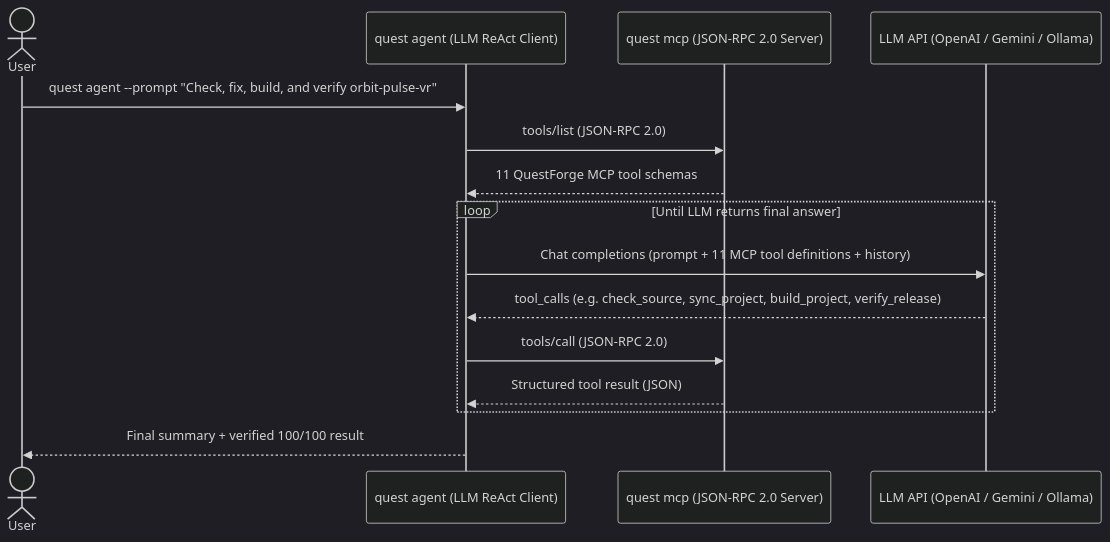
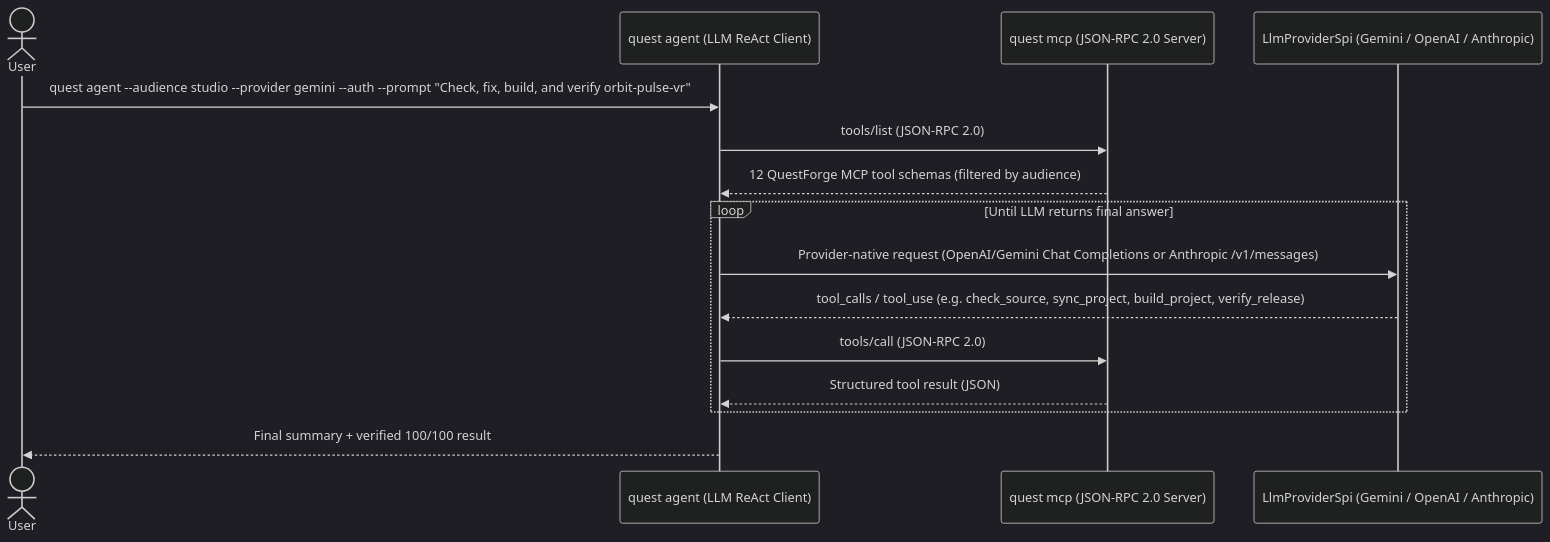
Before and after one commit to sweengineeringlabs/questforge: the third of 3 diagrams in docs/3-design/architecture.md, drawn with Mermaid (dark theme). The commit also changed other lines of this file and 8 other files, not shown here.

Commit message:
feat(agent,auth,docs): add API-key prompt fallback and --audience profiles (closes #21, #22)

````diff
--- a/docs/3-design/architecture.md
+++ b/docs/3-design/architecture.md
@@ -66,18 +66,18 @@
 ```mermaid
 sequenceDiagram
     actor User
     participant Agent as quest agent (LLM ReAct Client)
     participant MCP as quest mcp (JSON-RPC 2.0 Server)
-    participant LLM as LLM API (OpenAI / Gemini / Ollama)
+    participant LLM as LlmProviderSpi (Gemini / OpenAI / Anthropic)
 
-    User->>Agent: quest agent --prompt "Check, fix, build, and verify orbit-pulse-vr"
+    User->>Agent: quest agent --audience studio --provider gemini --auth --prompt "Check, fix, build, and verify orbit-pulse-vr"
     Agent->>MCP: tools/list (JSON-RPC 2.0)
-    MCP-->>Agent: 11 QuestForge MCP tool schemas
+    MCP-->>Agent: 12 QuestForge MCP tool schemas (filtered by audience)
     loop Until LLM returns final answer
-        Agent->>LLM: Chat completions (prompt + 11 MCP tool definitions + history)
-        LLM-->>Agent: tool_calls (e.g. check_source, sync_project, build_project, verify_release)
+        Agent->>LLM: Provider-native request (OpenAI/Gemini Chat Completions or Anthropic /v1/messages)
+        LLM-->>Agent: tool_calls / tool_use (e.g. check_source, sync_project, build_project, verify_release)
         Agent->>MCP: tools/call (JSON-RPC 2.0)
         MCP-->>Agent: Structured tool result (JSON)
     end
     Agent-->>User: Final summary + verified 100/100 result
 ```
````
